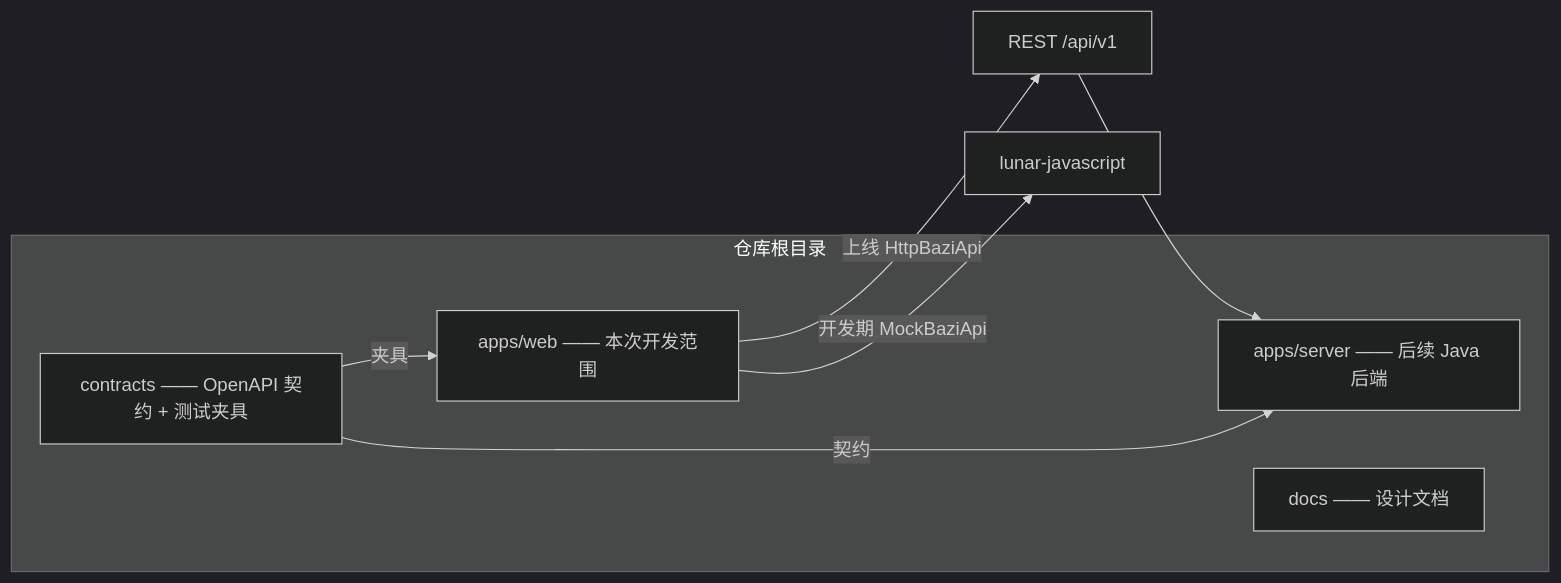
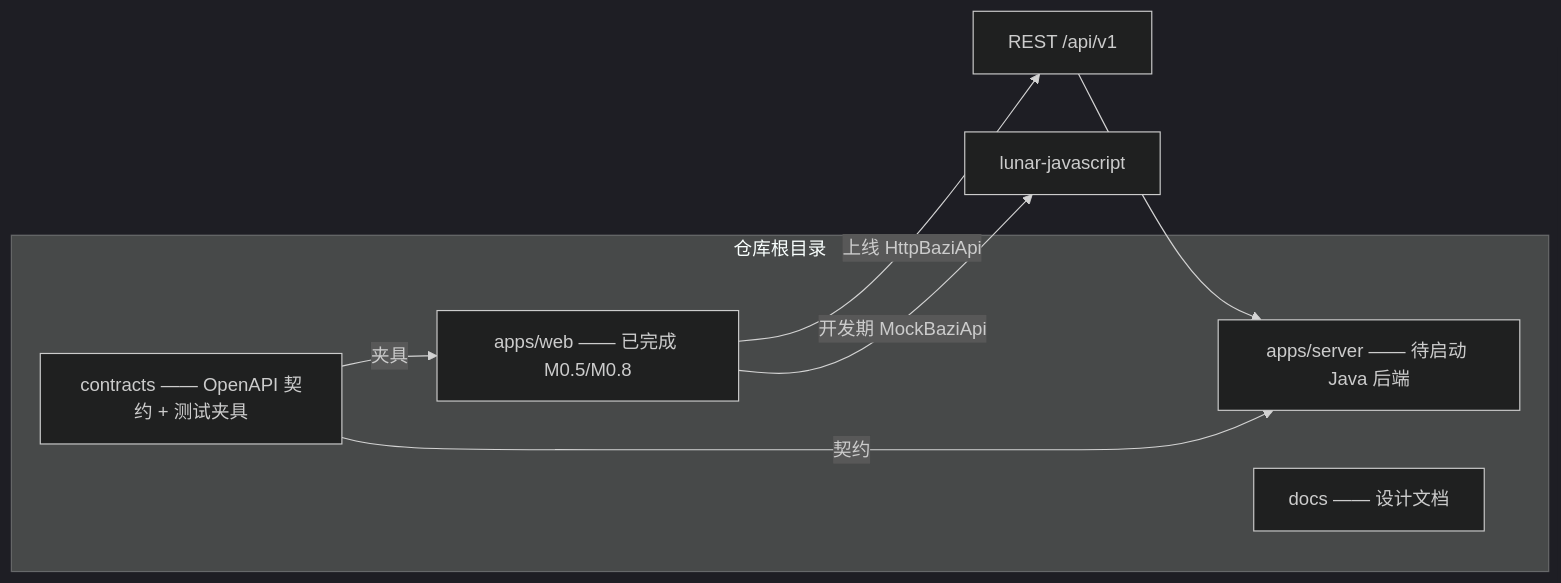
Before and after one commit to kalamdream0824-rgb/bazi-fengshui-app: the diagram in docs/design/bazi-frontend-design.md, drawn with Mermaid (dark theme). The commit also changed other lines of this file and 1 other file, not shown here.

Commit message:
docs: 设计文档同步实现状态（前端 v0.2，产品图 v2.1）

````diff
--- a/docs/design/bazi-frontend-design.md
+++ b/docs/design/bazi-frontend-design.md
@@ -23,14 +23,14 @@
 ```mermaid
 flowchart LR
   subgraph repo[仓库根目录]
-    W[apps/web —— 本次开发范围]
+    W[apps/web —— 已完成 M0.5/M0.8]
     C[contracts —— OpenAPI 契约 + 测试夹具]
-    S[apps/server —— 后续 Java 后端]
+    S[apps/server —— 待启动 Java 后端]
     D[docs —— 设计文档]
   end
   W -->|开发期 MockBaziApi| B[lunar-javascript]
   W -->|上线 HttpBaziApi| API[REST /api/v1]
   API --> S
   C -->|夹具| W
   C -->|契约| S
 ```
````
